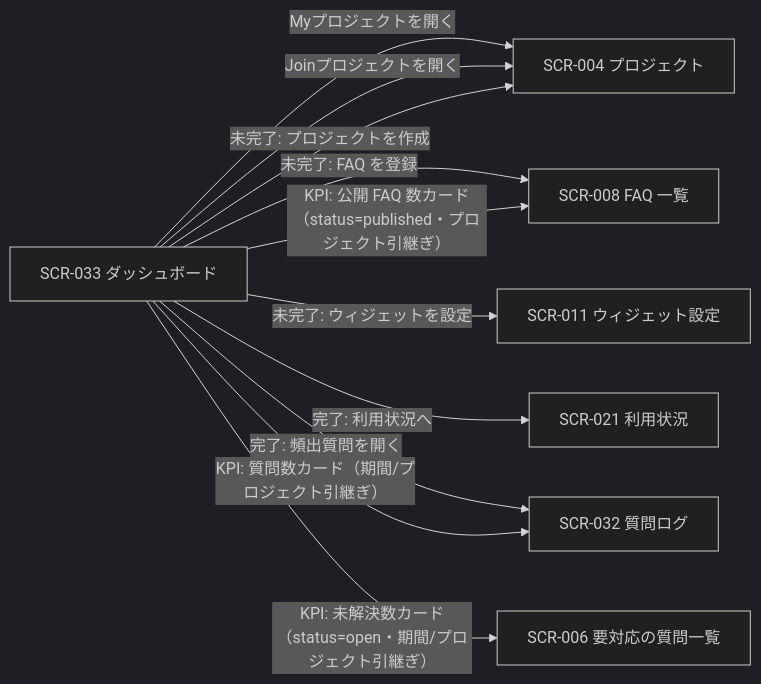
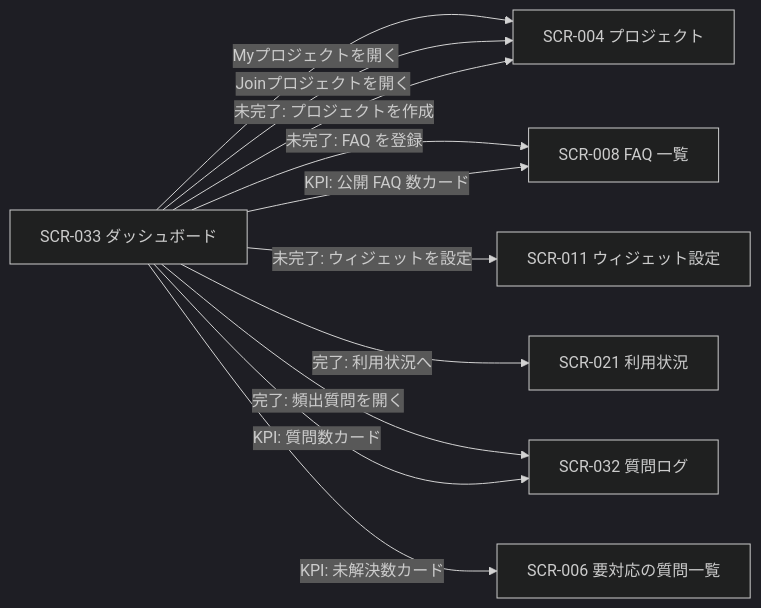
The diagram in 02_basic_design/01_frontend/01_screens/SCR-033.md (sikakou54/open-faq), drawn with Mermaid (dark theme) before and after one commit. The commit also changed other lines of this file and 191 other files, not shown here.

````diff
--- a/02_basic_design/01_frontend/01_screens/SCR-033.md
+++ b/02_basic_design/01_frontend/01_screens/SCR-033.md
@@ -21,20 +23,20 @@
 ```mermaid
 flowchart LR
   S33["SCR-033 ダッシュボード"]
   S04["SCR-004 プロジェクト"]
   S06["SCR-006 要対応の質問一覧"]
   S08["SCR-008 FAQ 一覧"]
   S11["SCR-011 ウィジェット設定"]
   S21["SCR-021 利用状況"]
   S32["SCR-032 質問ログ"]
   S33 -->|Myプロジェクトを開く| S04
   S33 -->|Joinプロジェクトを開く| S04
   S33 -->|未完了: プロジェクトを作成| S04
   S33 -->|未完了: FAQ を登録| S08
   S33 -->|未完了: ウィジェットを設定| S11
   S33 -->|完了: 利用状況へ| S21
   S33 -->|完了: 頻出質問を開く| S32
-  S33 -->|KPI: 質問数カード（期間/プロジェクト引継ぎ）| S32
-  S33 -->|KPI: 未解決数カード（status=open・期間/プロジェクト引継ぎ）| S06
-  S33 -->|KPI: 公開 FAQ 数カード（status=published・プロジェクト引継ぎ）| S08
+  S33 -->|KPI: 質問数カード| S32
+  S33 -->|KPI: 未解決数カード| S06
+  S33 -->|KPI: 公開 FAQ 数カード| S08
 ```
````
